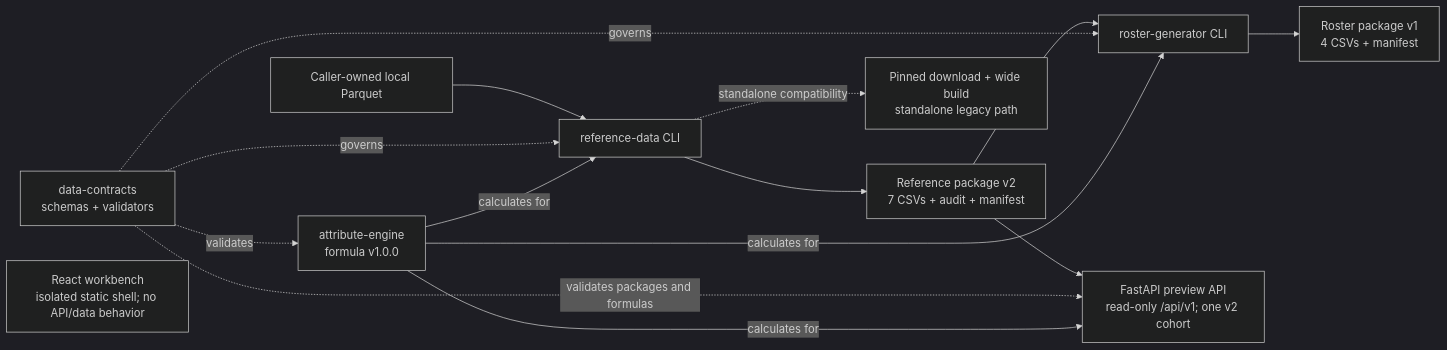
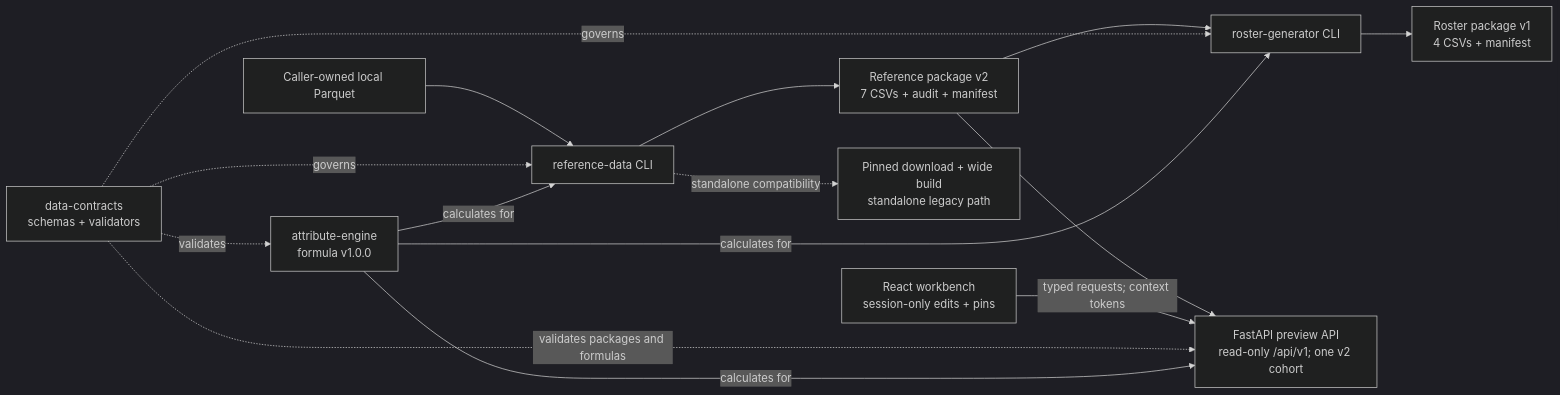
Before and after one commit to jimmie-potts/player-generator: the first of 4 diagrams in docs/presentations/PLAYER_GENERATOR_TECHNICAL_OVERVIEW.md, drawn with Mermaid (dark theme). The commit also changed other lines of this file and 42 other files, not shown here.

````diff
--- a/docs/presentations/PLAYER_GENERATOR_TECHNICAL_OVERVIEW.md
+++ b/docs/presentations/PLAYER_GENERATOR_TECHNICAL_OVERVIEW.md
@@ -74,24 +75,25 @@
 ```mermaid
 flowchart LR
     local["Caller-owned local Parquet"]
     reference["reference-data CLI"]
     refpkg["Reference package v2<br/>7 CSVs + audit + manifest"]
     roster["roster-generator CLI"]
     rosterpkg["Roster package v1<br/>4 CSVs + manifest"]
     contracts["data-contracts<br/>schemas + validators"]
     engine["attribute-engine<br/>formula v1.0.0"]
     api["FastAPI preview API<br/>read-only /api/v1; one v2 cohort"]
-    shell["React workbench<br/>isolated static shell; no API/data behavior"]
+    workbench["React workbench<br/>session-only edits + pins"]
     legacy["Pinned download + wide build<br/>standalone legacy path"]
 
     local --> reference --> refpkg --> roster --> rosterpkg
     refpkg --> api
+    workbench -->|typed requests; context tokens| api
     contracts -. governs .-> reference
     contracts -. governs .-> roster
     contracts -. validates packages and formulas .-> api
     contracts -. validates .-> engine
     engine -->|calculates for| reference
     engine -->|calculates for| roster
     engine -->|calculates for| api
     reference -. standalone compatibility .-> legacy
 ```
````
